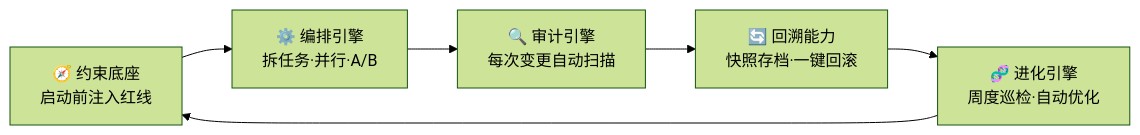
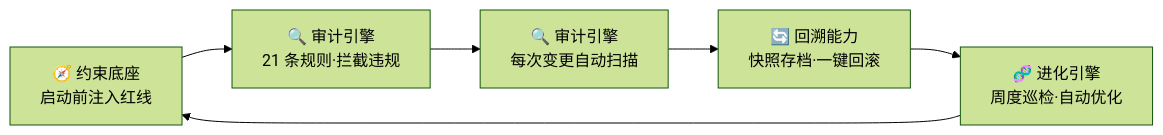
One commit to KongFangXun/sofagent changed the third of 6 diagrams in docs/ARCHITECTURE.md. Above: the diagram before and after it, drawn with Mermaid (forest theme). The commit also changed other lines of this file and 28 other files, not shown here.

````diff
--- a/docs/ARCHITECTURE.md
+++ b/docs/ARCHITECTURE.md
@@ -106,8 +106,8 @@
 ```mermaid
 graph LR
-    A["🧭 约束底座<br/>启动前注入红线"] --> B["⚙️ 编排引擎<br/>拆任务·并行·A/B"]
+    A["🧭 约束底座<br/>启动前注入红线"] --> B["🔍 审计引擎<br/>21 条规则·拦截违规"]
     B --> C["🔍 审计引擎<br/>每次变更自动扫描"]
     C --> D["🔄 回溯能力<br/>快照存档·一键回滚"]
     D --> E["🧬 进化引擎<br/>周度巡检·自动优化"]
     E --> A
 ```
````
